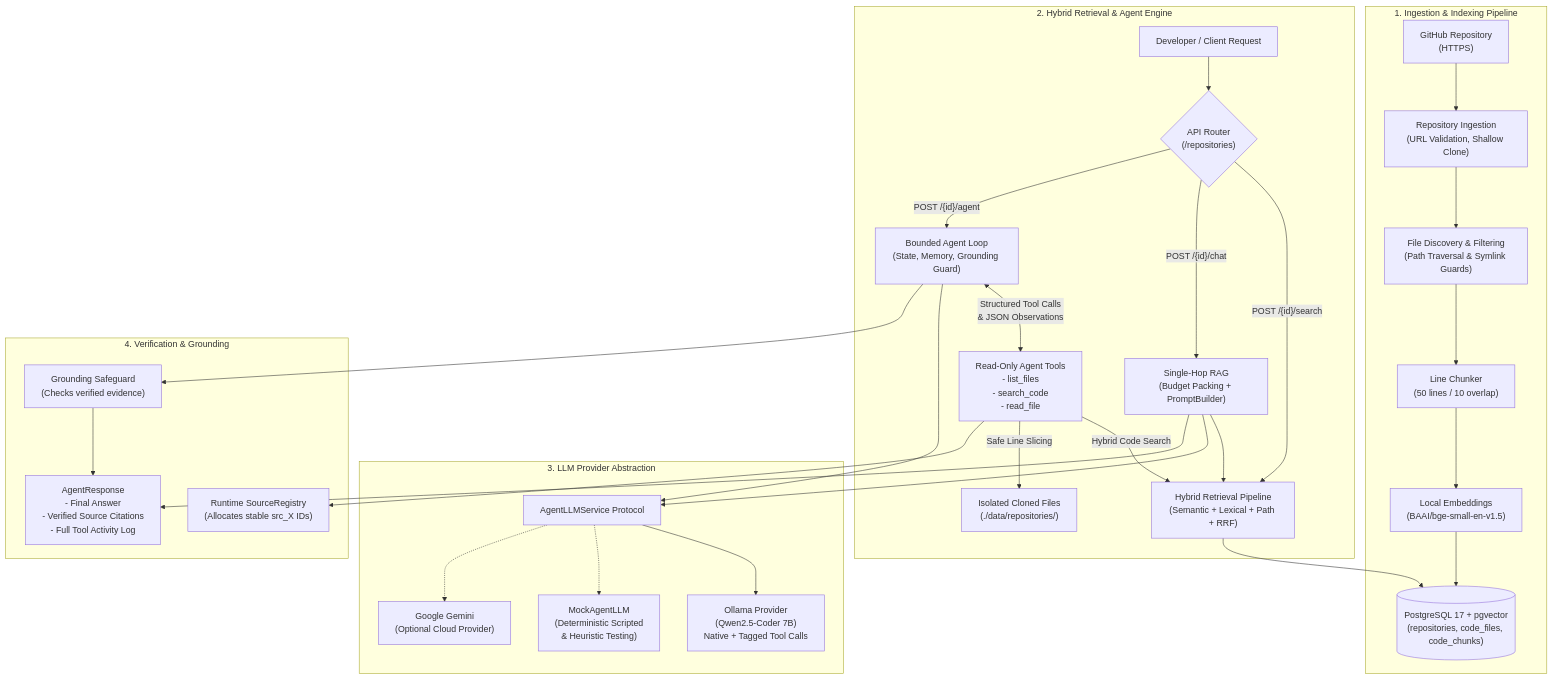
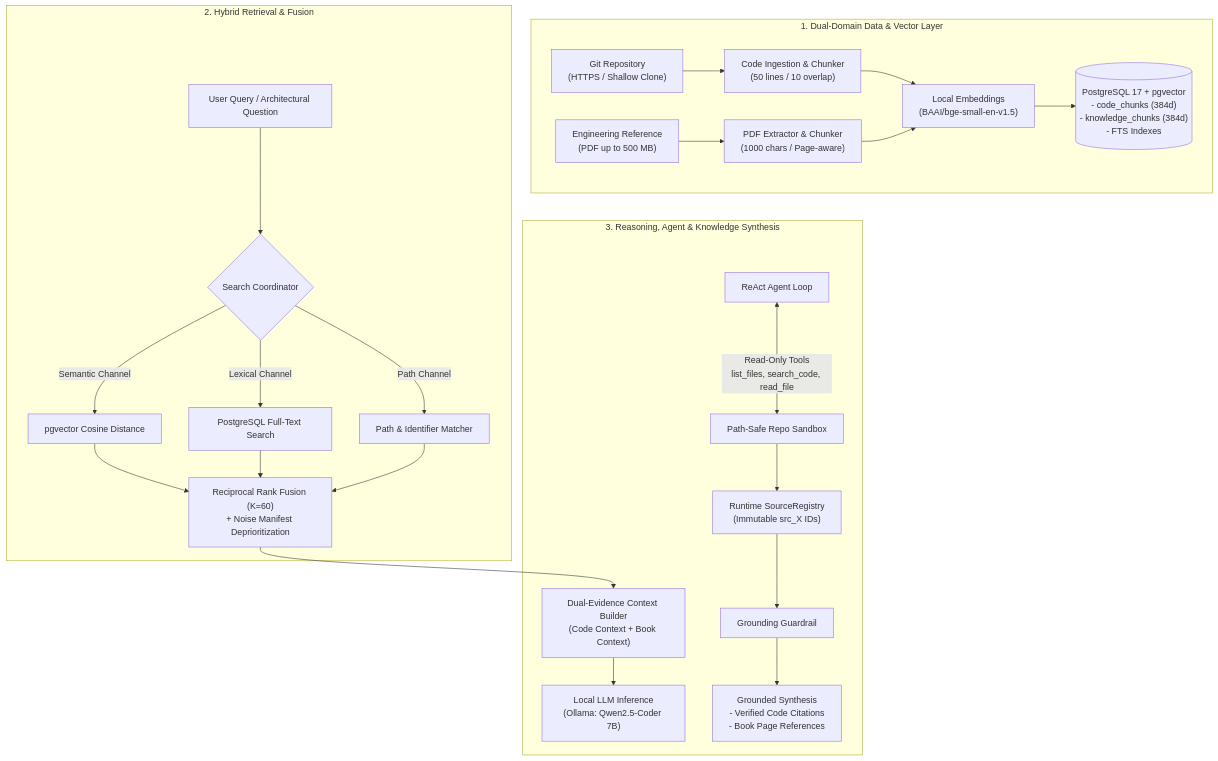
One commit to MasoomehMokhtari78/forge-ai changed the diagram in README.md. Above: the diagram before and after it, drawn with Mermaid. The commit also changed other lines of this file and 9 other files, not shown here.

````diff
--- a/README.md
+++ b/README.md
@@ -80,40 +156,31 @@
 ```mermaid
 flowchart TD
-    subgraph Ingestion_Indexing ["1. Ingestion & Indexing Pipeline"]
-        Repo["GitHub Repository\n(HTTPS)"] --> Ingest["Repository Ingestion\n(URL Validation, Shallow Clone)"]
-        Ingest --> Discovery["File Discovery & Filtering\n(Path Traversal & Symlink Guards)"]
-        Discovery --> Chunker["Line Chunker\n(50 lines / 10 overlap)"]
-        Chunker --> LocalEmbed["Local Embeddings\n(BAAI/bge-small-en-v1.5)"]
-        LocalEmbed --> PGVector[("PostgreSQL 17 + pgvector\n(repositories, code_files, code_chunks)")]
+    subgraph Storage_Layer ["1. Dual-Domain Data & Vector Layer"]
+        Repo["Git Repository\n(HTTPS / Shallow Clone)"] --> CodeIngest["Code Ingestion & Chunker\n(50 lines / 10 overlap)"]
+        PDF["Engineering Reference\n(PDF up to 500 MB)"] --> PDFIngest["PDF Extractor & Chunker\n(1000 chars / Page-aware)"]
+        
+        CodeIngest --> LocalEmbed["Local Embeddings\n(BAAI/bge-small-en-v1.5)"]
+        PDFIngest --> LocalEmbed
+        
+        LocalEmbed --> PGVector[("PostgreSQL 17 + pgvector\n- code_chunks (384d)\n- knowledge_chunks (384d)\n- FTS Indexes")]
     end
 
-    subgraph Reasoning_Engine ["2. Hybrid Retrieval & Agent Engine"]
-        Client["Developer / Client Request"] --> Router{"API Router\n(/repositories)"}
-        Router -->|"POST /{id}/search"| Search["Hybrid Retrieval Pipeline\n(Semantic + Lexical + Path + RRF)"]
-        Router -->|"POST /{id}/chat"| RAG["Single-Hop RAG\n(Budget Packing + PromptBuilder)"]
-        Router -->|"POST /{id}/agent"| Agent["Bounded Agent Loop\n(State, Memory, Grounding Guard)"]
+    subgraph Retrieval_Engine ["2. Hybrid Retrieval & Fusion"]
+        Query["User Query / Architectural Question"] --> SearchCoordinator{"Search Coordinator"}
+        SearchCoordinator -->|"Semantic Channel"| DenseSearch["pgvector Cosine Distance"]
+        SearchCoordinator -->|"Lexical Channel"| LexicalSearch["PostgreSQL Full-Text Search"]
+        SearchCoordinator -->|"Path Channel"| PathSearch["Path & Identifier Matcher"]
         
-        Search --> PGVector
-        RAG --> Search
-
-        Agent <-->|"Structured Tool Calls\n& JSON Observations"| AgentTools["Read-Only Agent Tools\n- list_files\n- search_code\n- read_file"]
-        AgentTools -->|"Hybrid Code Search"| Search
-        AgentTools -->|"Safe Line Slicing"| LocalDisk["Isolated Cloned Files\n(./data/repositories/<uuid>)"]
+        DenseSearch & LexicalSearch & PathSearch --> RRF["Reciprocal Rank Fusion (K=60)\n+ Noise Manifest Deprioritization"]
     end
 
-    subgraph Inference_Layer ["3. LLM Provider Abstraction"]
-        Agent --> LLMAbstraction["AgentLLMService Protocol"]
-        RAG --> LLMAbstraction
+    subgraph Reasoning_Core ["3. Reasoning, Agent & Knowledge Synthesis"]
+        RRF --> DualEvidence["Dual-Evidence Context Builder\n(Code Context + Book Context)"]
+        DualEvidence --> LLM["Local LLM Inference\n(Ollama: Qwen2.5-Coder 7B)"]
         
-        LLMAbstraction --> Ollama["Ollama Provider\n(Qwen2.5-Coder 7B)\nNative + Tagged Tool Calls"]
-        LLMAbstraction -.-> Mock["MockAgentLLM\n(Deterministic Scripted\n& Heuristic Testing)"]
-        LLMAbstraction -.-> Gemini["Google Gemini\n(Optional Cloud Provider)"]
-    end
-
-    subgraph Verification_Output ["4. Verification & Grounding"]
-        AgentTools --> SourceRegistry["Runtime SourceRegistry\n(Allocates stable src_X IDs)"]
-        Agent --> GroundingGuard["Grounding Safeguard\n(Checks verified evidence)"]
-        GroundingGuard --> Response["AgentResponse\n- Final Answer\n- Verified Source Citations\n- Full Tool Activity Log"]
-        RAG --> Response
+        Agent["ReAct Agent Loop"] <-->|"Read-Only Tools\nlist_files, search_code, read_file"| Sandbox["Path-Safe Repo Sandbox"]
+        Sandbox --> SourceReg["Runtime SourceRegistry\n(Immutable src_X IDs)"]
+        SourceReg --> GroundingGuard["Grounding Guardrail"]
+        GroundingGuard --> FinalOutput["Grounded Synthesis\n- Verified Code Citations\n- Book Page References"]
     end
 ```
````
